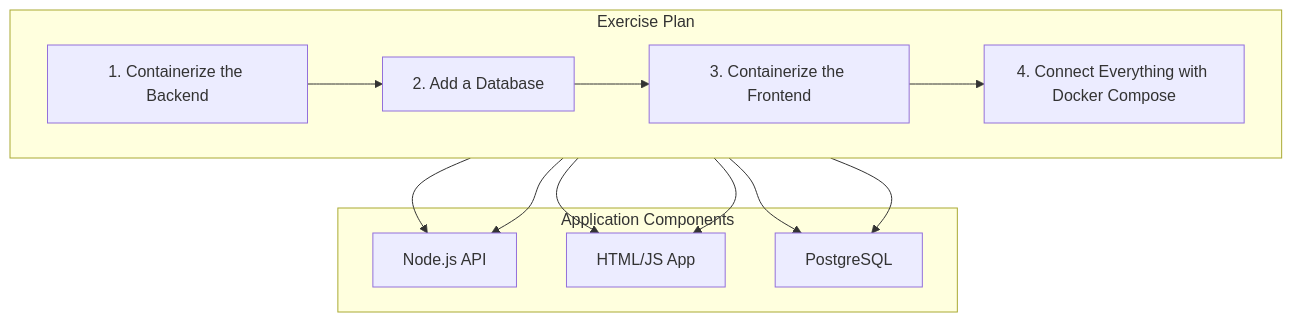
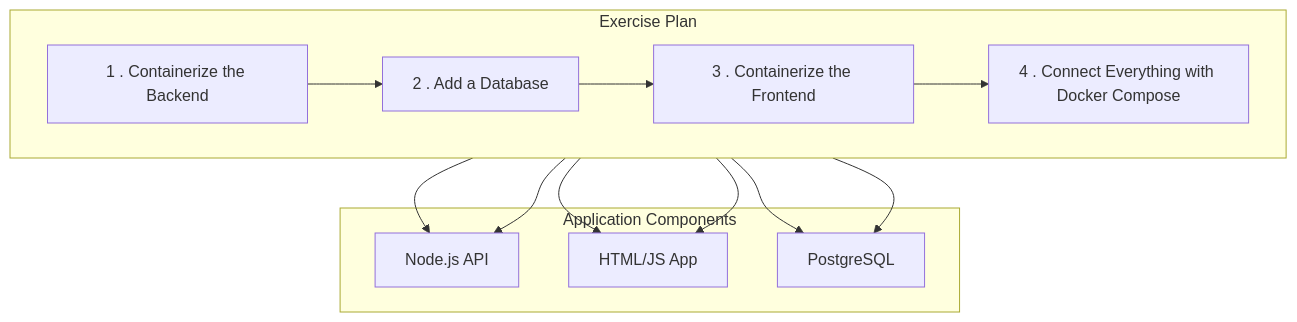
The diagram in README.md (BastienFerbu/docker-lab), drawn with Mermaid before and after one commit.

````diff
--- a/README.md
+++ b/README.md
@@ -15,22 +15,22 @@
 ```mermaid
 flowchart TD
     subgraph "Exercise Plan"
         direction LR
-        E1["1. Containerize the Backend"] --> E2["2. Add a Database"];
-        E2 --> E3["3. Containerize the Frontend"];
-        E3 --> E4["4. Connect Everything with Docker Compose"];
+        E1["1 . Containerize the Backend"] --> E2["2 . Add a Database"];
+        E2 --> E3["3 . Containerize the Frontend"];
+        E3 --> E4["4 . Connect Everything with Docker Compose"];
     end
 
     subgraph "Application Components"
         Backend["Node.js API"]
         Frontend["HTML/JS App"]
         Database["PostgreSQL"]
     end
 
     E1 --> Backend;
     E2 --> Database;
     E3 --> Frontend;
     E4 --> Backend;
     E4 --> Frontend;
     E4 --> Database;
 ```
````
